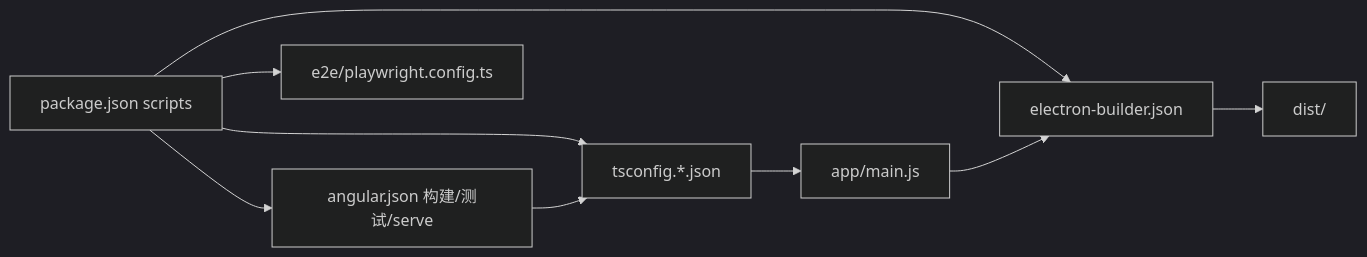
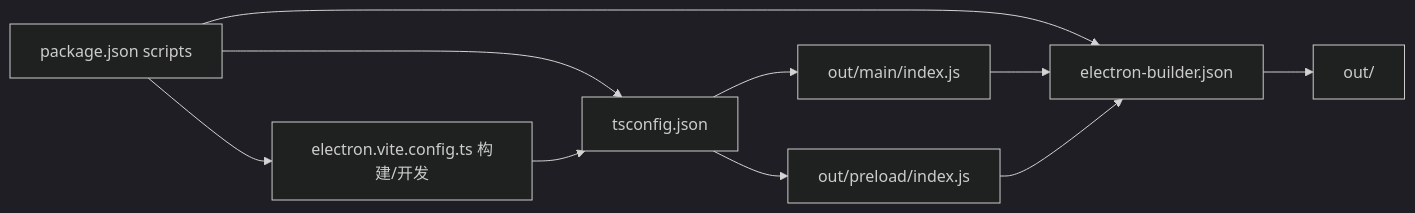
One commit to haolange/RDC-Agent changed the fifth of 5 diagrams in .qoder/repowiki/zh/content/构建与打包/构建脚本与工作流程.md. Above: the diagram before and after it, drawn with Mermaid (dark theme). The commit also changed other lines of this file and 3 other files, not shown here.

````diff
--- a/.qoder/repowiki/zh/content/构建与打包/构建脚本与工作流程.md
+++ b/.qoder/repowiki/zh/content/构建与打包/构建脚本与工作流程.md
@@ -293,11 +218,12 @@
 ```mermaid
 graph LR
-P["package.json scripts"] --> NG["angular.json 构建/测试/serve"]
-P --> TS["tsconfig.*.json"]
+P["package.json scripts"] --> VITE["electron.vite.config.ts 构建/开发"]
+P --> TS["tsconfig.json"]
 P --> EB["electron-builder.json"]
-P --> PW["e2e/playwright.config.ts"]
-NG --> TS
-EB --> DIST["dist/"]
-TS --> APPMAIN["app/main.js"]
-APPMAIN --> EB
+VITE --> TS
+EB --> OUT["out/"]
+TS --> MAINOUT["out/main/index.js"]
+TS --> PRELOADOUT["out/preload/index.js"]
+MAINOUT --> EB
+PRELOADOUT --> EB
 ```
````
